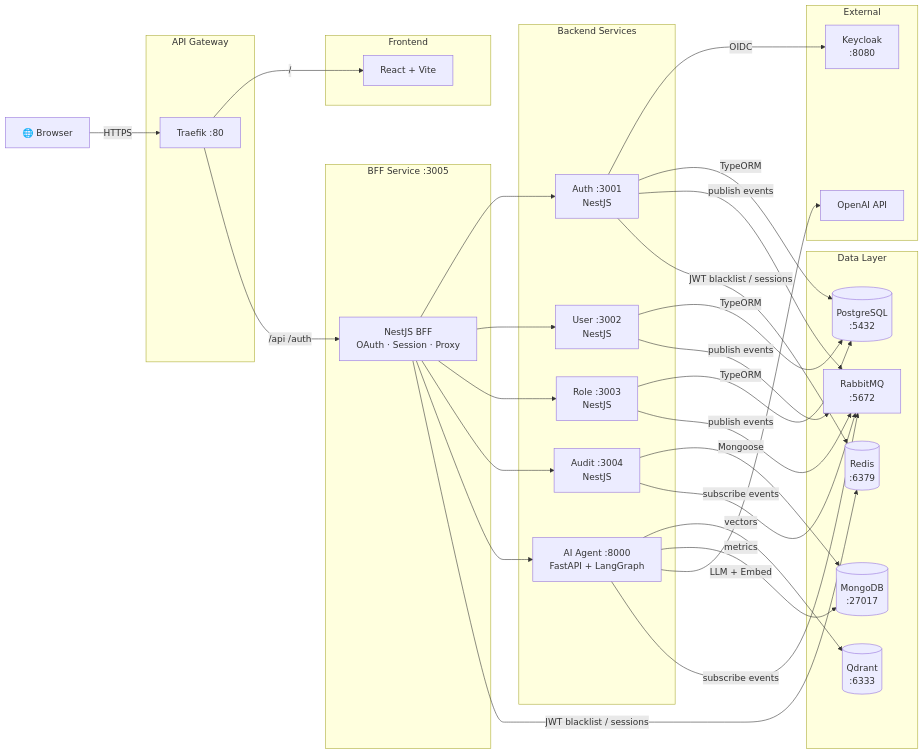
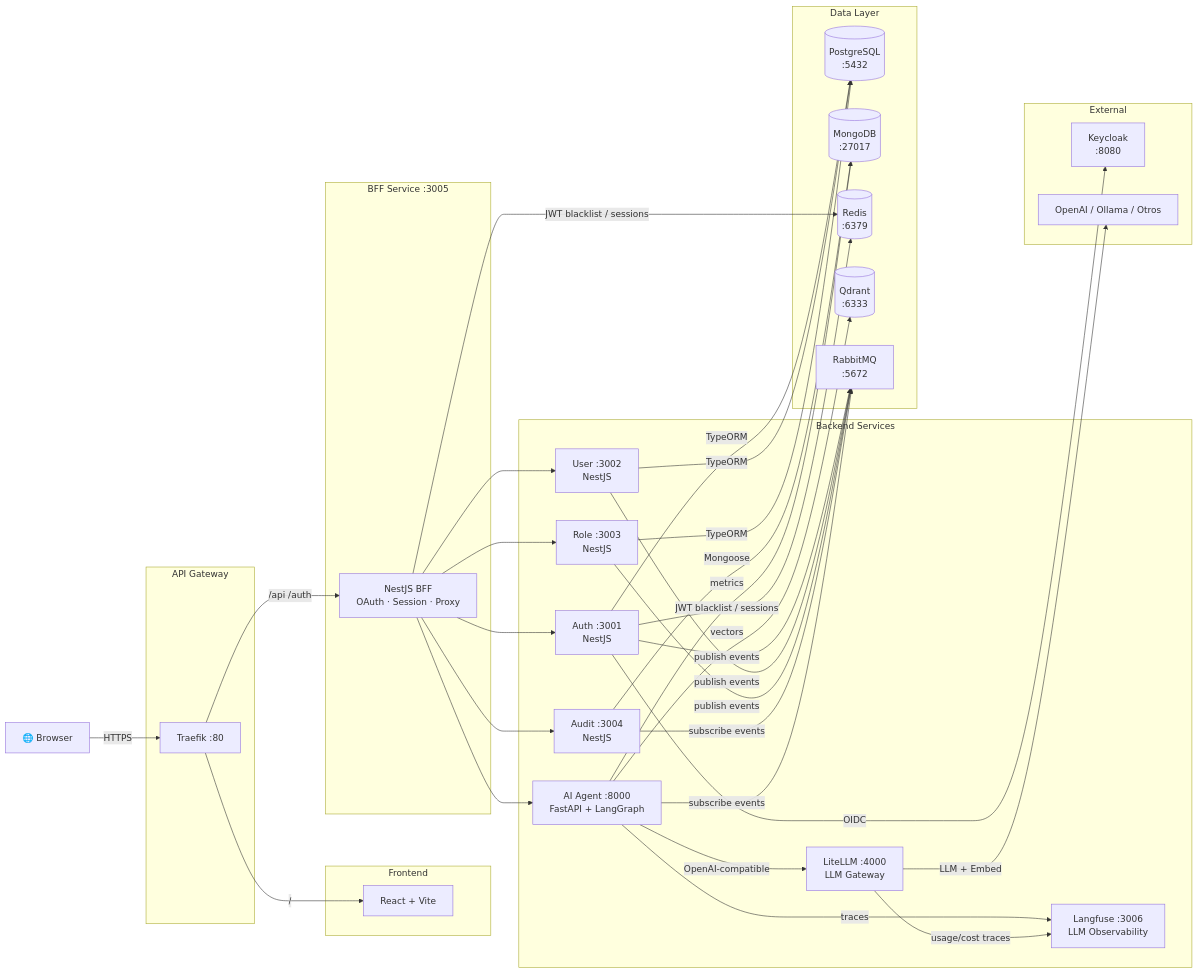
Before and after one commit to Jair-vet/toka-user-management: the diagram in README.md, drawn with Mermaid. The commit also changed other lines of this file and 30 other files, not shown here.

Commit message:
feat(ai): add observable LiteLLM agent gateway

````diff
--- a/README.md
+++ b/README.md
@@ -11,51 +11,56 @@
 ```mermaid
 flowchart LR
   Browser["🌐 Browser"]
 
   subgraph Gateway["API Gateway"]
     Traefik["Traefik :80"]
   end
 
   subgraph FE["Frontend"]
     React["React + Vite"]
   end
 
   subgraph BFF["BFF Service :3005"]
     BFFSvc["NestJS BFF\nOAuth · Session · Proxy"]
   end
 
   subgraph Backend["Backend Services"]
     Auth["Auth :3001\nNestJS"]
     User["User :3002\nNestJS"]
     Role["Role :3003\nNestJS"]
     Audit["Audit :3004\nNestJS"]
     AI["AI Agent :8000\nFastAPI + LangGraph"]
+    LiteLLM["LiteLLM :4000\nLLM Gateway"]
+    Langfuse["Langfuse :3006\nLLM Observability"]
   end
 
   subgraph Data["Data Layer"]
     PG[("PostgreSQL\n:5432")]
     Mongo[("MongoDB\n:27017")]
     Redis[("Redis\n:6379")]
     Qdrant[("Qdrant\n:6333")]
     MQ["RabbitMQ\n:5672"]
   end
 
   subgraph Ext["External"]
     Keycloak["Keycloak\n:8080"]
-    OpenAI["OpenAI API"]
+    Providers["OpenAI / Ollama / Otros"]
   end
 
   Browser -->|HTTPS| Traefik
   Traefik -->|"/"| React
   Traefik -->|"/api /auth"| BFFSvc
   BFFSvc --> Auth & User & Role & Audit & AI
   Auth -->|OIDC| Keycloak
   Auth & User & Role -->|TypeORM| PG
   Audit -->|Mongoose| Mongo
   AI -->|vectors| Qdrant
   AI -->|metrics| Mongo
-  AI -->|LLM + Embed| OpenAI
+  AI -->|OpenAI-compatible| LiteLLM
+  LiteLLM -->|LLM + Embed| Providers
+  AI -->|traces| Langfuse
+  LiteLLM -->|usage/cost traces| Langfuse
   Auth & User & Role -->|publish events| MQ
   Audit & AI -->|subscribe events| MQ
   BFFSvc & Auth -->|"JWT blacklist / sessions"| Redis
 ```
````
